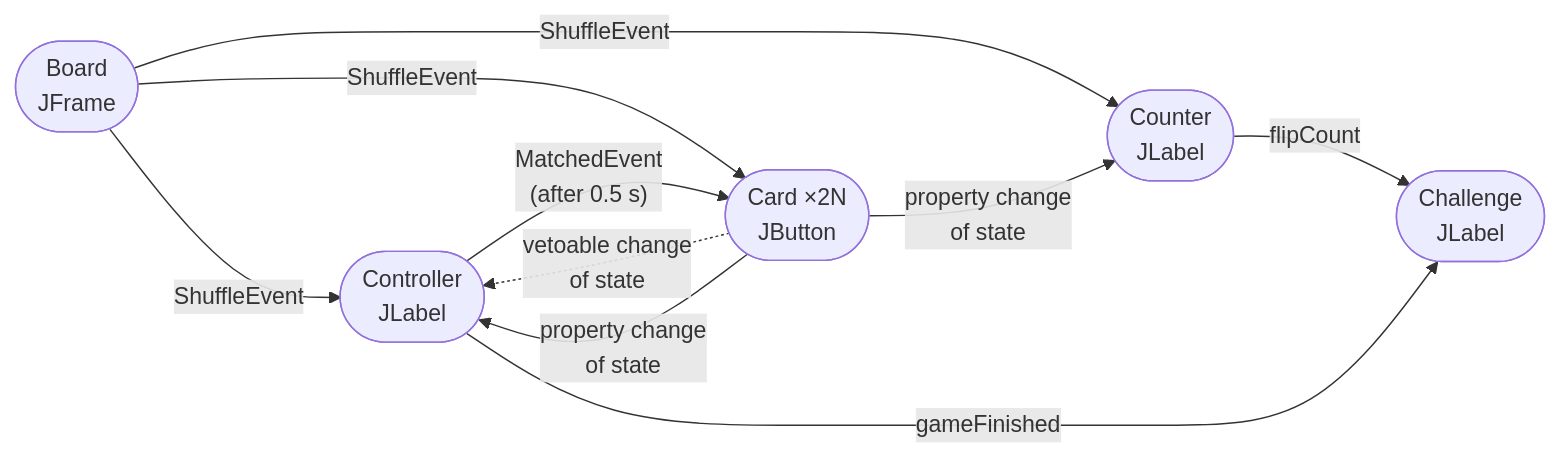
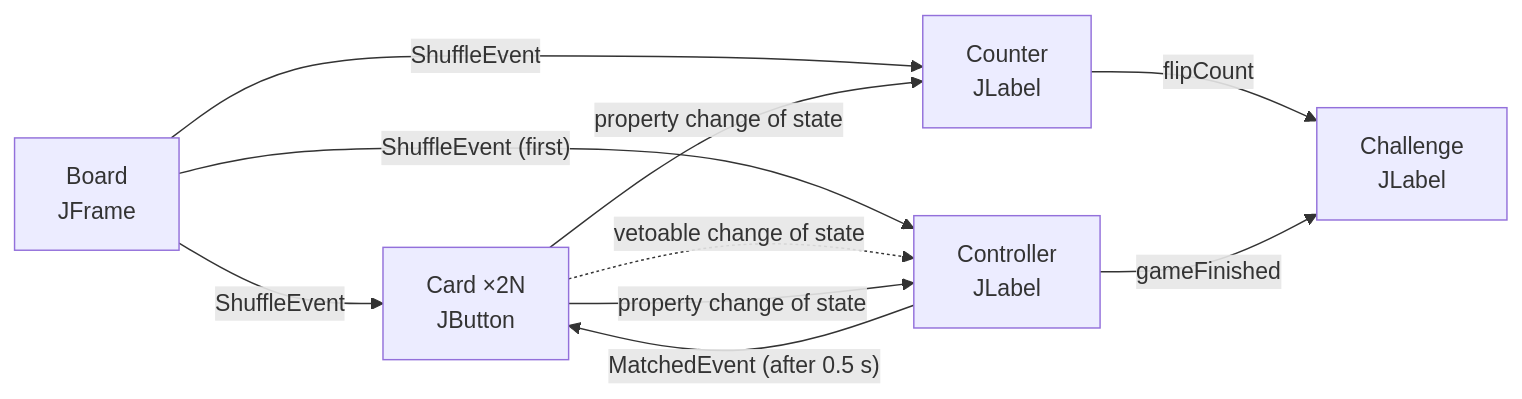
Before and after one commit to giuseppemuschetta/Advanced-Programming-Java-Haskell-Python: the first of 3 diagrams in README.md, drawn with Mermaid. The commit also changed other lines of this file, not shown here.

````diff
--- a/README.md
+++ b/README.md
@@ -104,12 +104,12 @@
 ```mermaid
 flowchart LR
-    Board(["Board<br/>JFrame"]) -- "ShuffleEvent" --> Controller
-    Board -- "ShuffleEvent" --> Counter
-    Board -- "ShuffleEvent" --> Card
-    Card(["Card ×2N<br/>JButton"]) -. "vetoable change<br/>of state" .-> Controller(["Controller<br/>JLabel"])
-    Card -- "property change<br/>of state" --> Controller
-    Card -- "property change<br/>of state" --> Counter(["Counter<br/>JLabel"])
-    Controller -- "MatchedEvent<br/>(after 0.5 s)" --> Card
-    Counter -- "flipCount" --> Challenge(["Challenge<br/>JLabel"])
-    Controller -- "gameFinished" --> Challenge
+    Board["Board<br/>JFrame"] -->|ShuffleEvent| Card["Card ×2N<br/>JButton"]
+    Board -->|"ShuffleEvent (first)"| Controller["Controller<br/>JLabel"]
+    Board -->|ShuffleEvent| Counter["Counter<br/>JLabel"]
+    Card -.->|"vetoable change of state"| Controller
+    Card -->|"property change of state"| Controller
+    Controller -->|"MatchedEvent (after 0.5 s)"| Card
+    Card -->|"property change of state"| Counter
+    Counter -->|flipCount| Challenge["Challenge<br/>JLabel"]
+    Controller -->|gameFinished| Challenge
 ```
````
